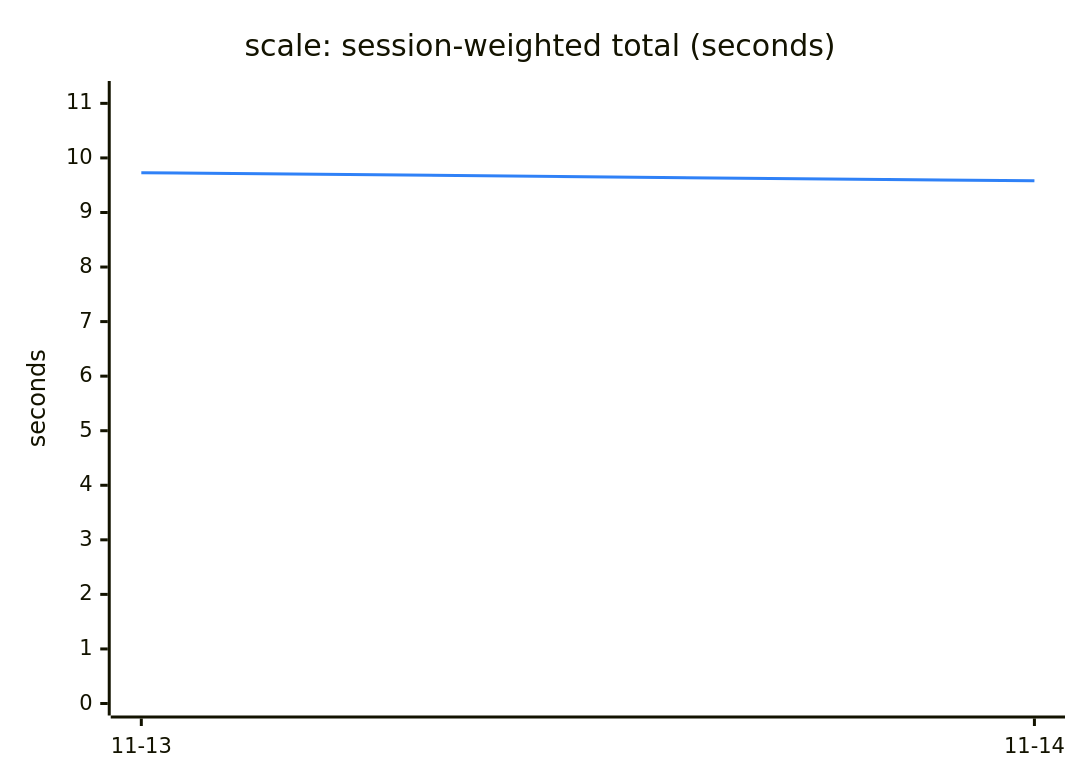
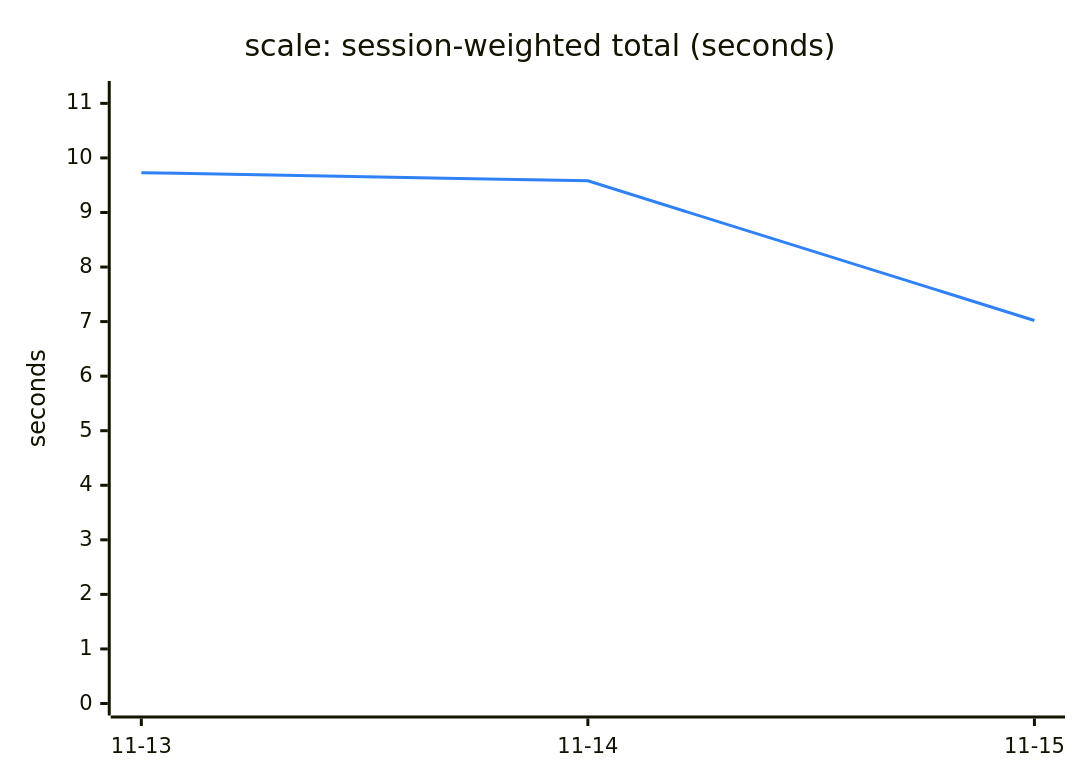
The third of 6 diagrams in TREND.md (mendixlabs/mxcli), drawn with Mermaid before and after one commit. The commit also changed other lines of this file and 2 other files, not shown here.

````diff
--- a/TREND.md
+++ b/TREND.md
@@ -83,13 +83,13 @@
 ```mermaid
 ---
 config:
   themeVariables:
     xyChart:
       plotColorPalette: "#2f81f7"
 ---
 xychart-beta
     title "scale: session-weighted total (seconds)"
-    x-axis ["11-13", "11-14"]
+    x-axis ["11-13", "11-14", "11-15"]
     y-axis "seconds" 0 --> 11.19
-    line [9.73, 9.58]
+    line [9.73, 9.58, 7.02]
 ```
````
